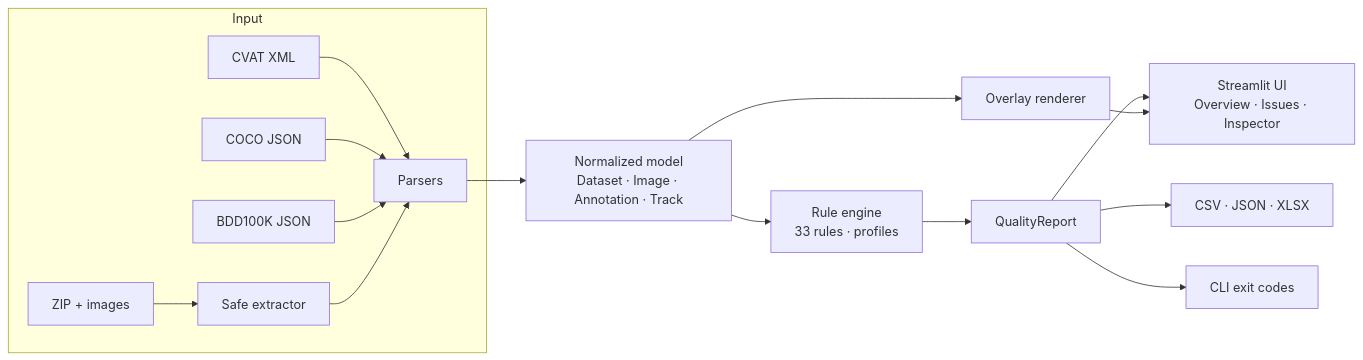
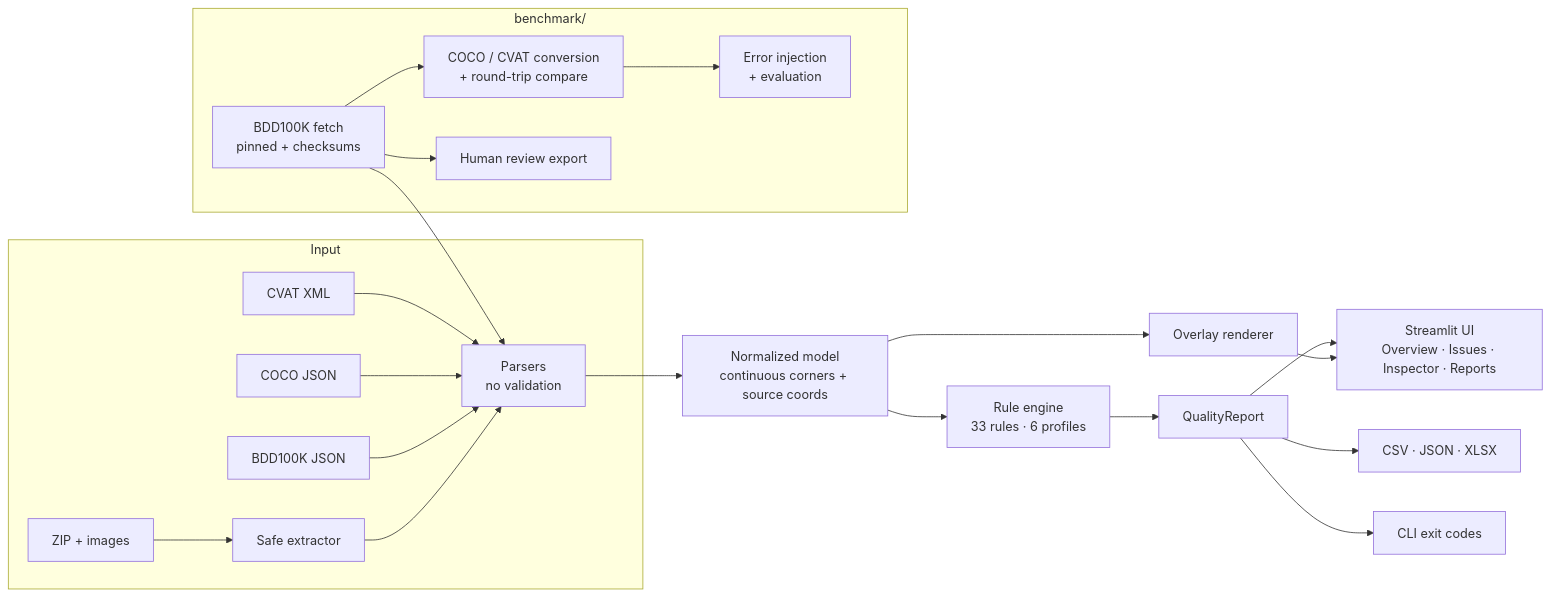
Before and after one commit to Sodachan182/labelguard-annotation-qa: the diagram in README.md, drawn with Mermaid. The commit also changed other lines of this file and 37 other files, not shown here.

````diff
--- a/README.md
+++ b/README.md
@@ -94,16 +149,22 @@
 ```mermaid
 flowchart LR
     subgraph Input
         A1[CVAT XML] --> P
         A2[COCO JSON] --> P
         A3[BDD100K JSON] --> P
         A4[ZIP + images] --> Z[Safe extractor] --> P
     end
-    P[Parsers] --> M[Normalized model<br/>Dataset · Image · Annotation · Track]
-    M --> E[Rule engine<br/>33 rules · profiles]
+    P[Parsers<br/>no validation] --> M[Normalized model<br/>continuous corners + source coords]
+    M --> E[Rule engine<br/>33 rules · 6 profiles]
     E --> R[QualityReport]
-    R --> UI[Streamlit UI<br/>Overview · Issues · Inspector]
+    R --> UI[Streamlit UI<br/>Overview · Issues · Inspector · Reports]
     R --> X[CSV · JSON · XLSX]
     R --> C[CLI exit codes]
     M --> V[Overlay renderer] --> UI
+    subgraph Benchmark [benchmark/]
+        B1[BDD100K fetch<br/>pinned + checksums] --> B2[COCO / CVAT conversion<br/>+ round-trip compare]
+        B2 --> B3[Error injection<br/>+ evaluation]
+        B1 --> B4[Human review export]
+    end
+    B1 --> P
 ```
````
